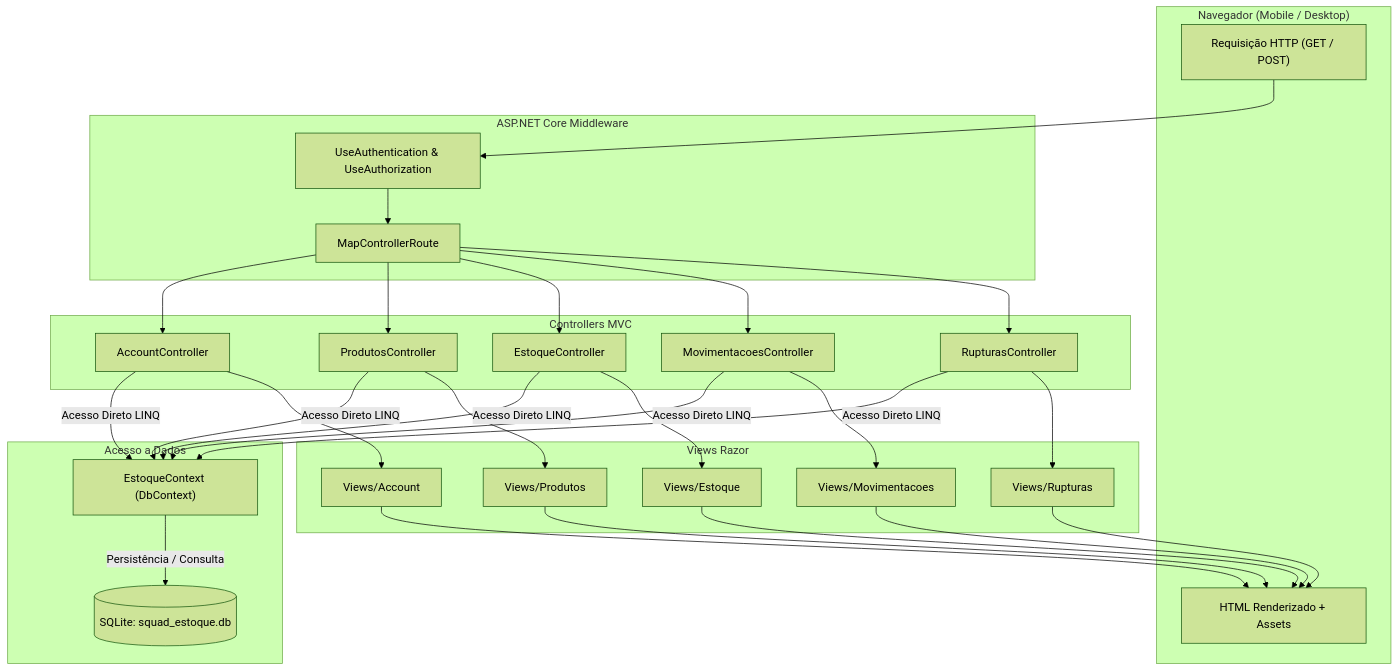
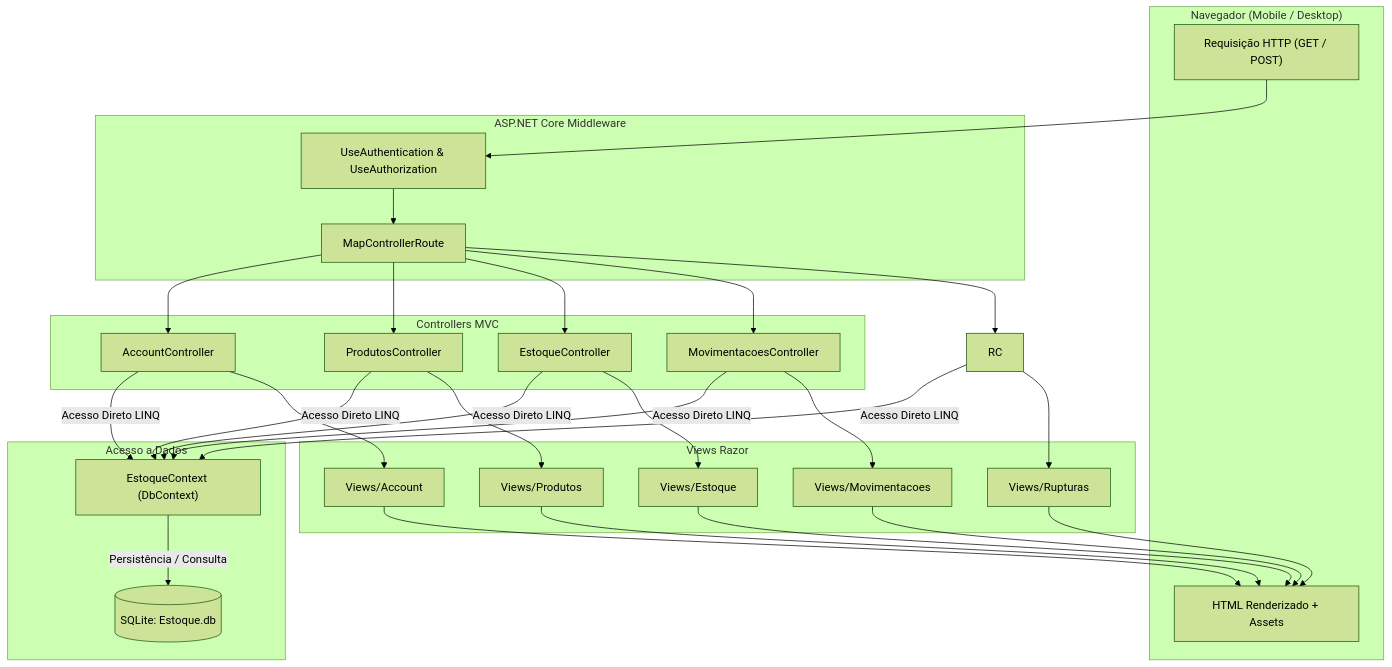
The diagram in docs/04-arquitetura/arquitetura.md (CodeWitch00/SQUAD-estoque), drawn with Mermaid (forest theme) before and after one commit. The commit also changed other lines of this file and 104 other files, not shown here.

````diff
--- a/docs/04-arquitetura/arquitetura.md
+++ b/docs/04-arquitetura/arquitetura.md
@@ -93,51 +93,50 @@
 ```mermaid
 flowchart TD
     subgraph BrowserClient ["Navegador (Mobile / Desktop)"]
         REQ["Requisição HTTP (GET / POST)"]
         RESP["HTML Renderizado + Assets"]
     end
 
     subgraph Pipeline ["ASP.NET Core Middleware"]
         AUTH["UseAuthentication & UseAuthorization"]
         ROUTER["MapControllerRoute"]
     end
 
     subgraph ControllersLayer ["Controllers MVC"]
         AC["AccountController"]
         PC["ProdutosController"]
         EC["EstoqueController"]
         MC["MovimentacoesController"]
-        RC["RupturasController"]
     end
 
     subgraph DataLayer ["Acesso a Dados"]
         CTX["EstoqueContext (DbContext)"]
-        DB[(SQLite: squad_estoque.db)]
+        DB[(SQLite: Estoque.db)]
     end
 
     subgraph ViewsLayer ["Views Razor"]
         V_ACC["Views/Account"]
         V_PROD["Views/Produtos"]
         V_EST["Views/Estoque"]
         V_MOV["Views/Movimentacoes"]
         V_RUP["Views/Rupturas"]
     end
 
     REQ --> AUTH --> ROUTER
     ROUTER --> AC
     ROUTER --> PC
     ROUTER --> EC
     ROUTER --> MC
     ROUTER --> RC
 
     AC & PC & EC & MC & RC -->|Acesso Direto LINQ| CTX
     CTX -->|Persistência / Consulta| DB
 
     AC --> V_ACC
     PC --> V_PROD
     EC --> V_EST
     MC --> V_MOV
     RC --> V_RUP
 
     V_ACC & V_PROD & V_EST & V_MOV & V_RUP --> RESP
 ```
````
